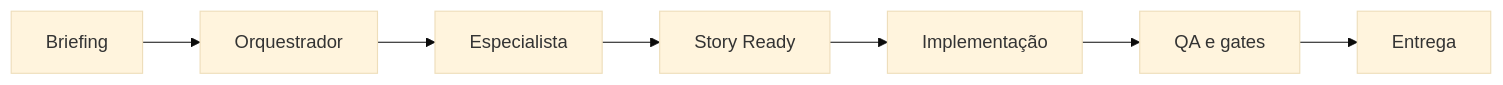
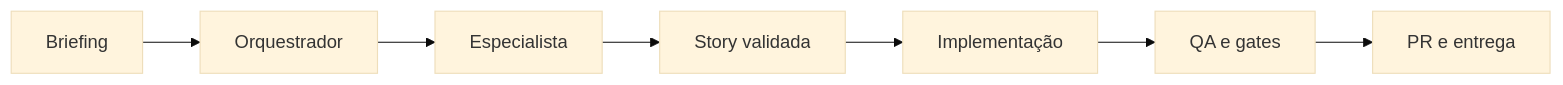
One commit to caioimori/sinapse-ai changed the diagram in README.md. Above: the diagram before and after it, drawn with Mermaid (base theme). The commit also changed other lines of this file and 134 other files, not shown here.

````diff
--- a/README.md
+++ b/README.md
@@ -70,9 +65,9 @@
 ```mermaid
 flowchart LR
   A[Briefing] --> B[Orquestrador]
   B --> C[Especialista]
-  C --> D[Story Ready]
+  C --> D[Story validada]
   D --> E[Implementação]
   E --> F[QA e gates]
-  F --> G[Entrega]
+  F --> G[PR e entrega]
 ```
````
